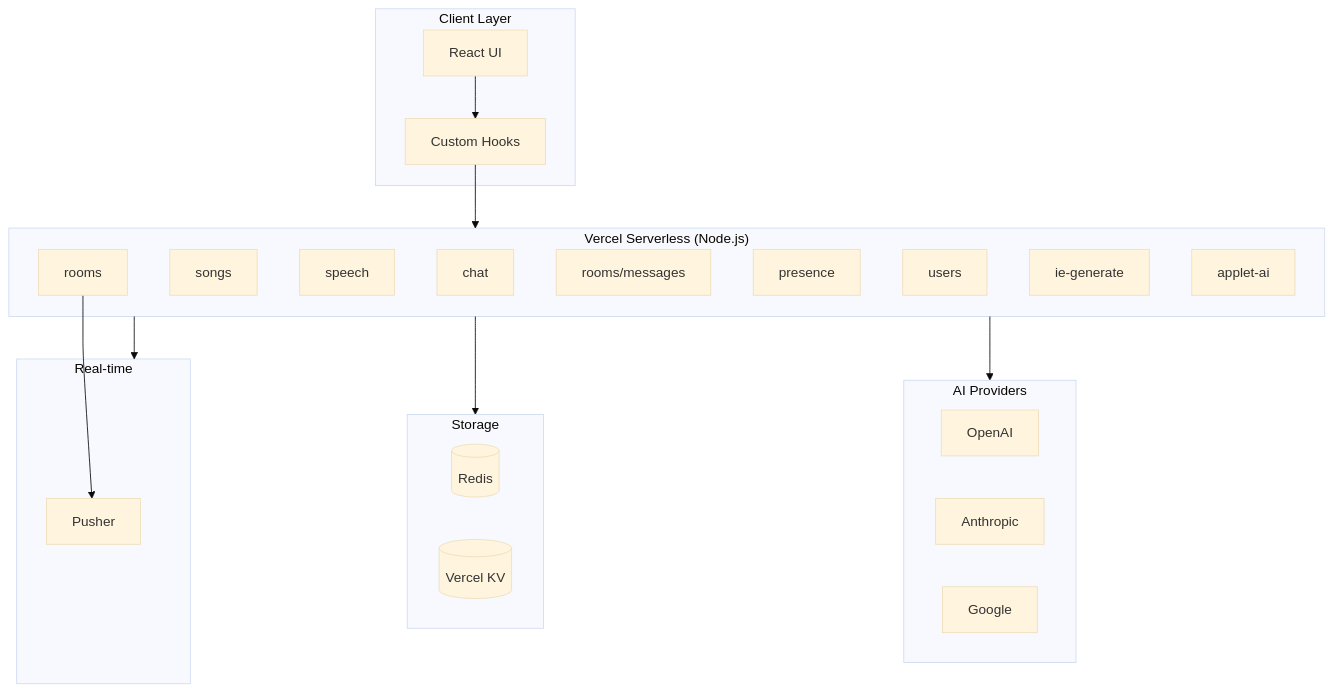
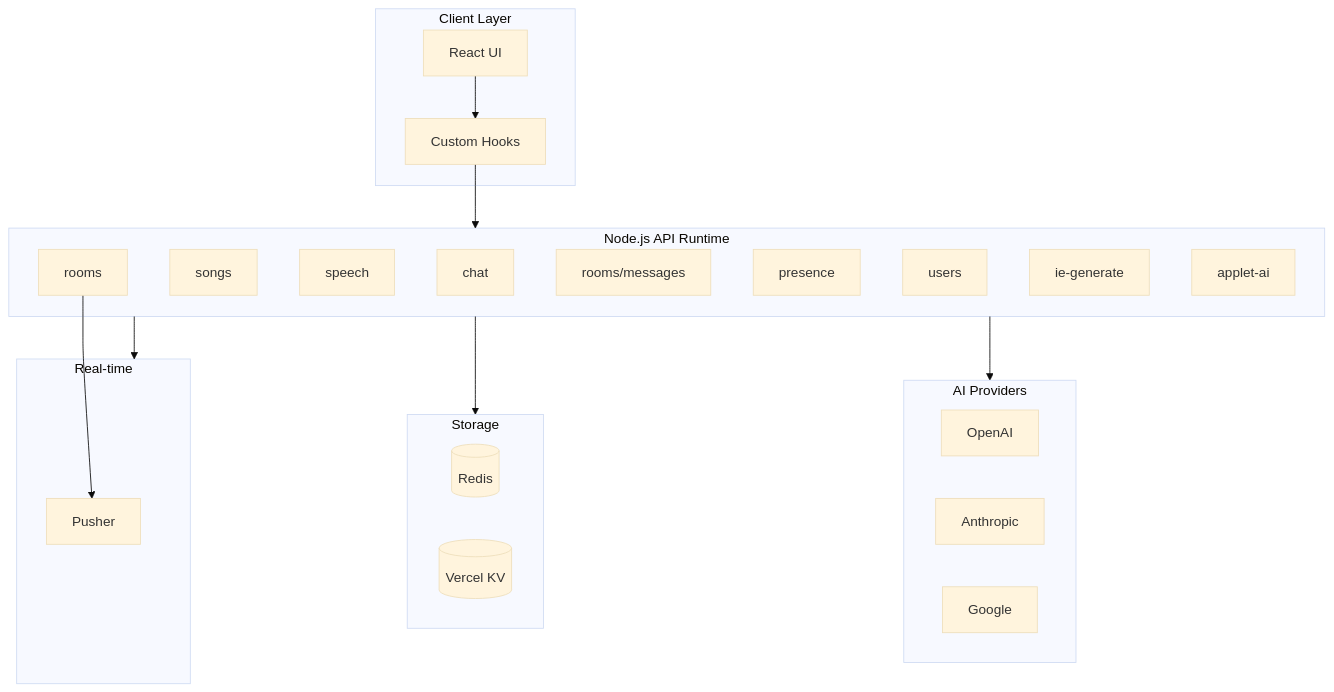
The first of 3 diagrams in docs/1.2-api-architecture.md (ryokun6/ryos), drawn with Mermaid (base theme) before and after one commit. The commit also changed other lines of this file and 5 other files, not shown here.

````diff
--- a/docs/1.2-api-architecture.md
+++ b/docs/1.2-api-architecture.md
@@ -7,41 +7,41 @@
 ```mermaid
 graph TB
     subgraph Client["Client Layer"]
         UI[React UI]
         Hooks[Custom Hooks]
     end
     
-    subgraph API["Vercel Serverless (Node.js)"]
+    subgraph API["Node.js API Runtime"]
         ChatAPI[chat]
         SongAPI[songs]
         SpeechAPI[speech]
         RoomsAPI[rooms]
         MessagesAPI[rooms/messages]
         PresenceAPI[presence]
         UsersAPI[users]
         IEAPI[ie-generate]
         AppletAPI[applet-ai]
     end
     
     subgraph AI["AI Providers"]
         OpenAI[OpenAI]
         Anthropic[Anthropic]
         Google[Google]
     end
     
     subgraph Storage["Storage"]
         Redis[(Redis)]
         KV[(Vercel KV)]
     end
     
     subgraph Realtime["Real-time"]
         Pusher[Pusher]
     end
     
     UI --> Hooks
     Hooks --> API
     API --> AI
     API --> Storage
     API --> Realtime
     RoomsAPI --> Pusher
 ```
````
